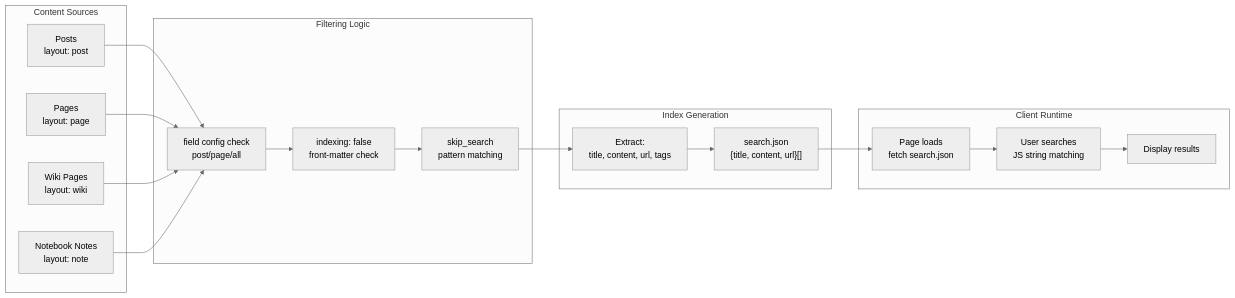
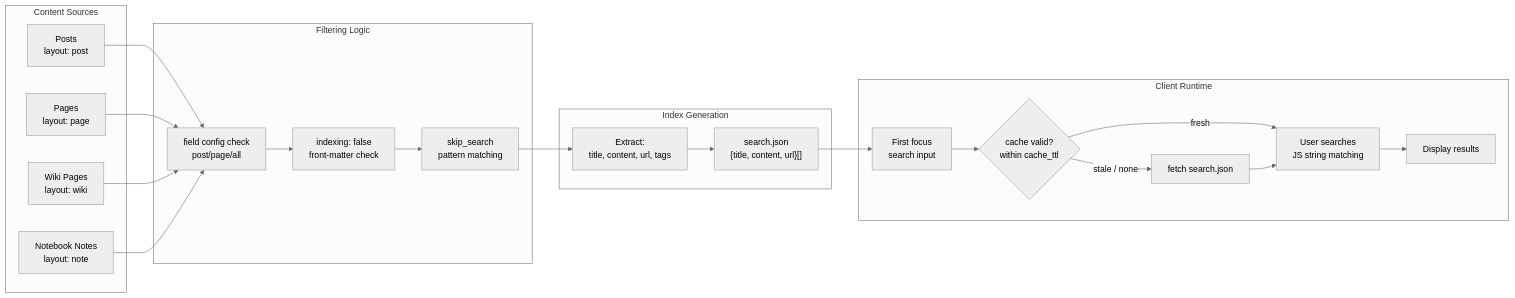
Before and after one commit to penndu/hexo: the second of 3 diagrams in themes/stellar/docs/knowledge/07-外部集成/search.md, drawn with Mermaid (neutral theme). The commit also changed other lines of this file and 112 other files, not shown here.

````diff
--- a/themes/stellar/docs/knowledge/07-外部集成/search.md
+++ b/themes/stellar/docs/knowledge/07-外部集成/search.md
@@ -126,40 +141,45 @@
 ```mermaid
 flowchart LR
     subgraph "Content Sources"
         POSTS["Posts<br/>layout: post"]
         PAGES["Pages<br/>layout: page"]
         WIKI["Wiki Pages<br/>layout: wiki"]
         NOTES["Notebook Notes<br/>layout: note"]
     end
     
     subgraph "Filtering Logic"
         FIELDCHECK["field config check<br/>post/page/all"]
         INDEXINGCHECK["indexing: false<br/>front-matter check"]
         SKIPCHECK["skip_search<br/>pattern matching"]
     end
     
     subgraph "Index Generation"
         EXTRACT["Extract:<br/>title, content, url, tags"]
         SEARCHJSON["search.json<br/>{title, content, url}[]"]
     end
     
     subgraph "Client Runtime"
-        LOAD["Page loads<br/>fetch search.json"]
+        FOCUS["First focus<br/>search input"]
+        CACHE{"cache valid?<br/>within cache_ttl"}
+        LOAD["fetch search.json"]
         SEARCH["User searches<br/>JS string matching"]
         RESULTS["Display results"]
     end
     
     POSTS --> FIELDCHECK
     PAGES --> FIELDCHECK
     WIKI --> FIELDCHECK
     NOTES --> FIELDCHECK
     
     FIELDCHECK --> INDEXINGCHECK
     INDEXINGCHECK --> SKIPCHECK
     SKIPCHECK --> EXTRACT
     EXTRACT --> SEARCHJSON
     
-    SEARCHJSON --> LOAD
+    SEARCHJSON --> FOCUS
+    FOCUS --> CACHE
+    CACHE -- "fresh" --> SEARCH
+    CACHE -- "stale / none" --> LOAD
     LOAD --> SEARCH
     SEARCH --> RESULTS
 ```
````
